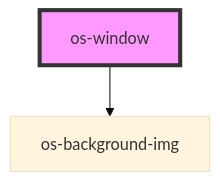
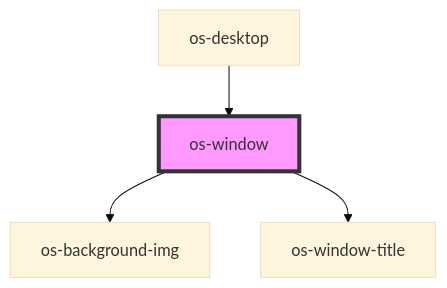
One commit to neko-chilyann/qx-os changed the diagram in src/components/os-window/readme.md. Above: the diagram before and after it, drawn with Mermaid (base theme). The commit also changed other lines of this file and 24 other files, not shown here.

````diff
--- a/src/components/os-window/readme.md
+++ b/src/components/os-window/readme.md
@@ -15,5 +27,7 @@
 ```mermaid
 graph TD;
   os-window --> os-background-img
+  os-window --> os-window-title
+  os-desktop --> os-window
   style os-window fill:#f9f,stroke:#333,stroke-width:4px
 ```
````
